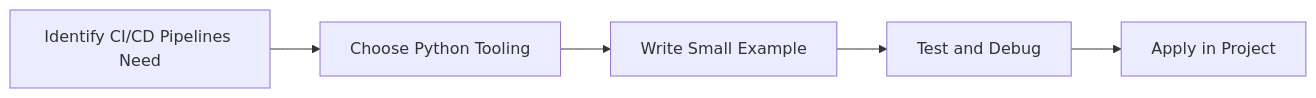
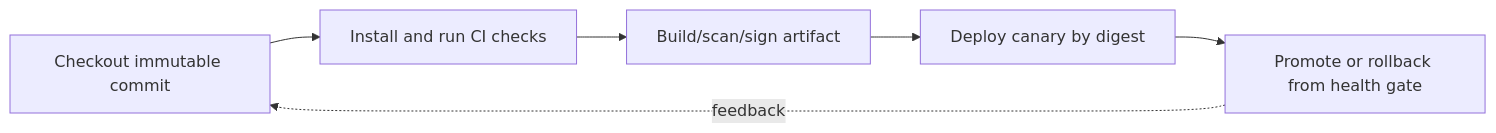
The diagram in Python-Mastery/Advanced/38-ci-cd-pipelines.md (SYMOIZ/E-Learning-Portal), drawn with Mermaid before and after one commit. The commit also changed other lines of this file and 116 other files, not shown here.

````diff
--- a/Python-Mastery/Advanced/38-ci-cd-pipelines.md
+++ b/Python-Mastery/Advanced/38-ci-cd-pipelines.md
@@ -148,7 +174,8 @@
 ```mermaid
 flowchart LR
-    A[Identify CI/CD Pipelines Need] --> B[Choose Python Tooling]
-    B --> C[Write Small Example]
-    C --> D[Test and Debug]
-    D --> E[Apply in Project]
+    A[Checkout immutable commit] --> B[Install and run CI checks]
+    B --> C[Build/scan/sign artifact]
+    C --> D[Deploy canary by digest]
+    D --> E[Promote or rollback from health gate]
+    E -. feedback .-> A
 ```
````
